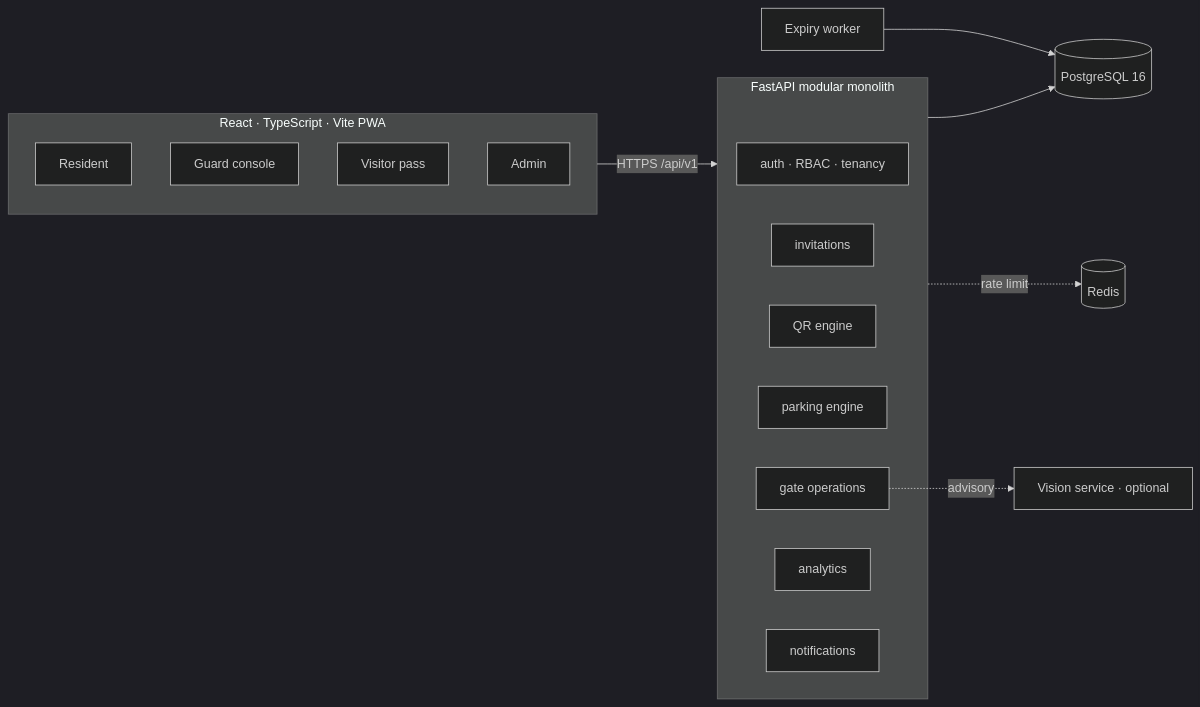
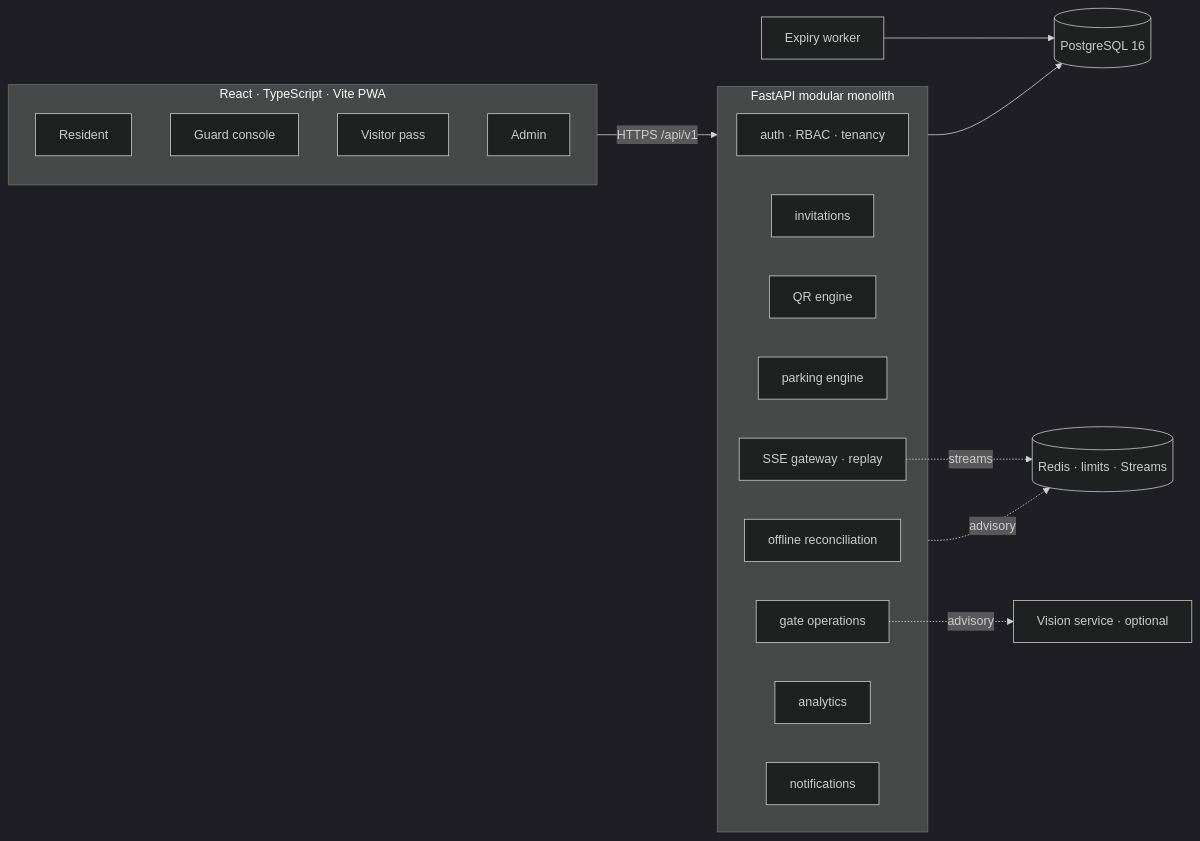
The diagram in docs/ARCHITECTURE.md (officialarghya29/ParkVanta), drawn with Mermaid (dark theme) before and after one commit. The commit also changed other lines of this file and 40 other files, not shown here.

First line of the commit message:
Add offline gate reconciliation, SSE replay and release evidence

````diff
--- a/docs/ARCHITECTURE.md
+++ b/docs/ARCHITECTURE.md
@@ -8,30 +8,33 @@
 ```mermaid
 flowchart LR
     subgraph Client["React · TypeScript · Vite PWA"]
         R[Resident]
         G[Guard console]
         V[Visitor pass]
         A[Admin]
     end
 
     subgraph API["FastAPI modular monolith"]
         AUTH[auth · RBAC · tenancy]
         INV[invitations]
         QRE[QR engine]
         PARK[parking engine]
         GATE[gate operations]
+        OFF[offline reconciliation]
+        EV[SSE gateway · replay]
         AN[analytics]
         N[notifications]
     end
 
     PG[(PostgreSQL 16)]
-    RD[(Redis)]
+    RD[(Redis · limits · Streams)]
     W[Expiry worker]
     VIS[Vision service · optional]
 
     Client -->|HTTPS /api/v1| API
     API --> PG
-    API -. rate limit .-> RD
+    API -. advisory .-> RD
+    EV -. streams .-> RD
     W --> PG
     GATE -. advisory .-> VIS
 ```
````
